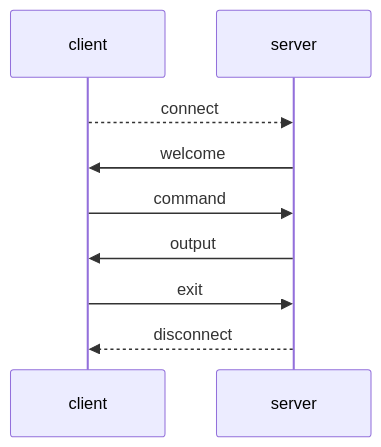
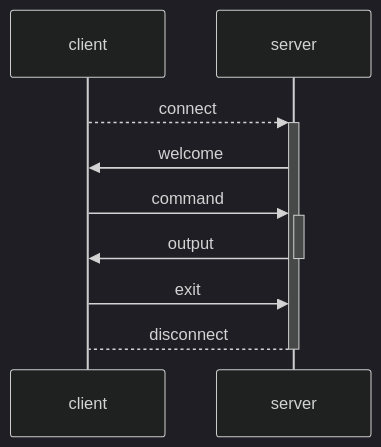
One commit to iamazeem/TcpClientServerApp changed the diagram in README.md. Above: the diagram before and after it, drawn with Mermaid.

````diff
--- a/README.md
+++ b/README.md
@@ -12,11 +12,12 @@
 ```mermaid
+%%{init: {'theme':'dark'}}%%
 sequenceDiagram
     participant client
     participant server
-    client-->>server: connect
+    client-->>+server: connect
     server->>client: welcome
-    client->>server: command
-    server->>client: output
+    client->>+server: command
+    server->>-client: output
     client->>server: exit
-    server-->>client: disconnect
+    server-->-client: disconnect
 ```
````
